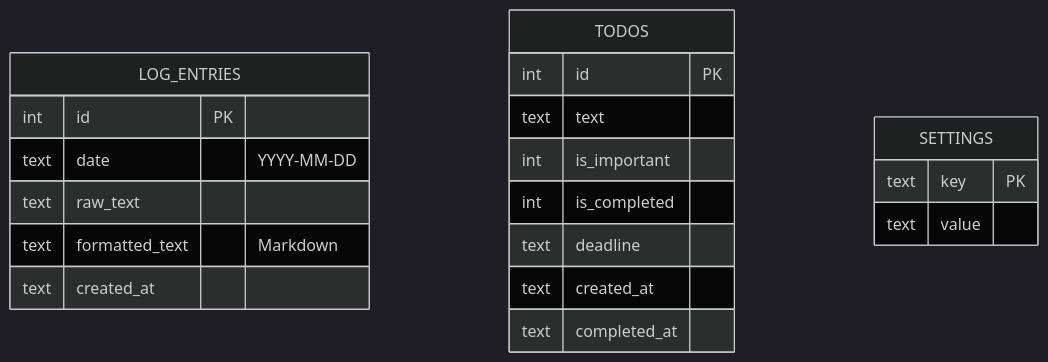
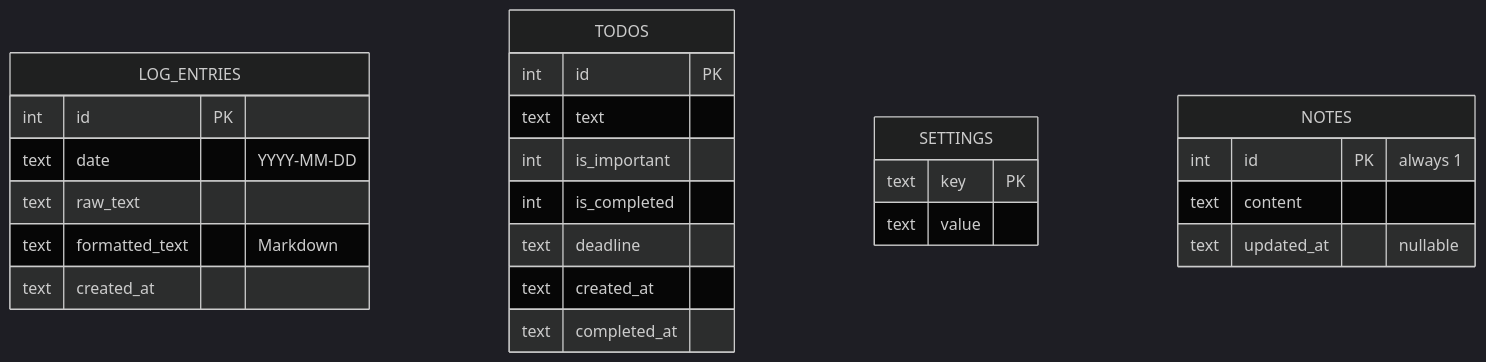
The seventh of 7 diagrams in docs/ARCHITECTURE.md (rbipin/caplog), drawn with Mermaid (dark theme) before and after one commit. The commit also changed other lines of this file and 20 other files, not shown here.

````diff
--- a/docs/ARCHITECTURE.md
+++ b/docs/ARCHITECTURE.md
@@ -455,23 +474,28 @@
 ```mermaid
 erDiagram
     LOG_ENTRIES {
         int id PK
         text date "YYYY-MM-DD"
         text raw_text
         text formatted_text "Markdown"
         text created_at
     }
     TODOS {
         int id PK
         text text
         int is_important
         int is_completed
         text deadline
         text created_at
         text completed_at
     }
     SETTINGS {
         text key PK
         text value
     }
+    NOTES {
+        int id PK "always 1"
+        text content
+        text updated_at "nullable"
+    }
 ```
````
